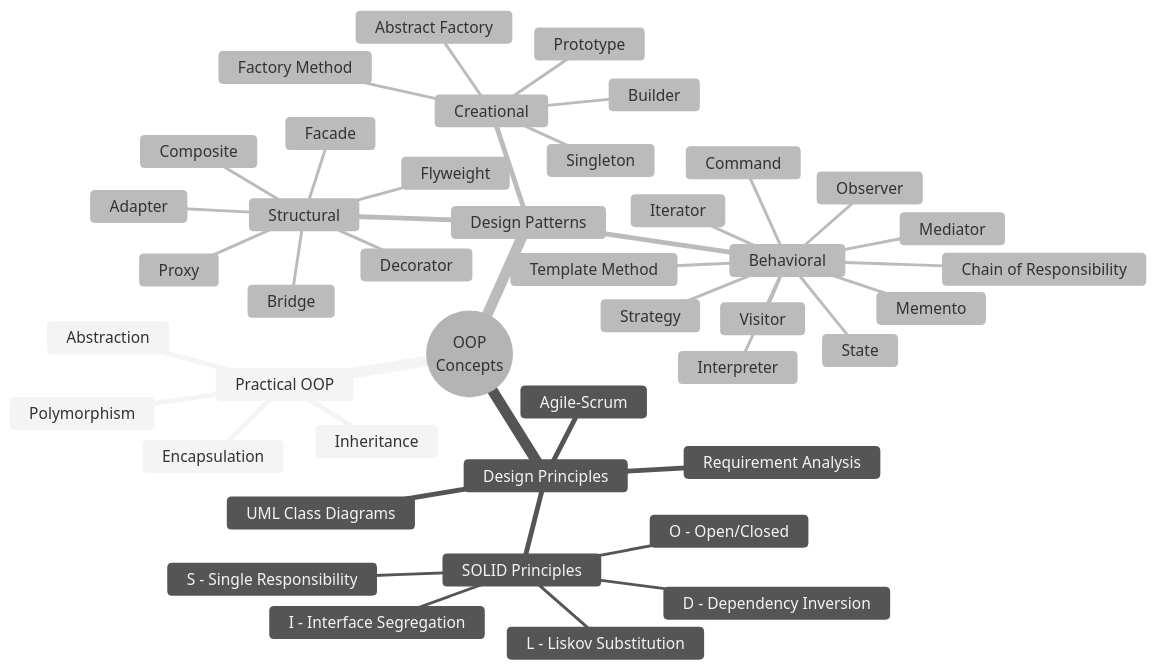
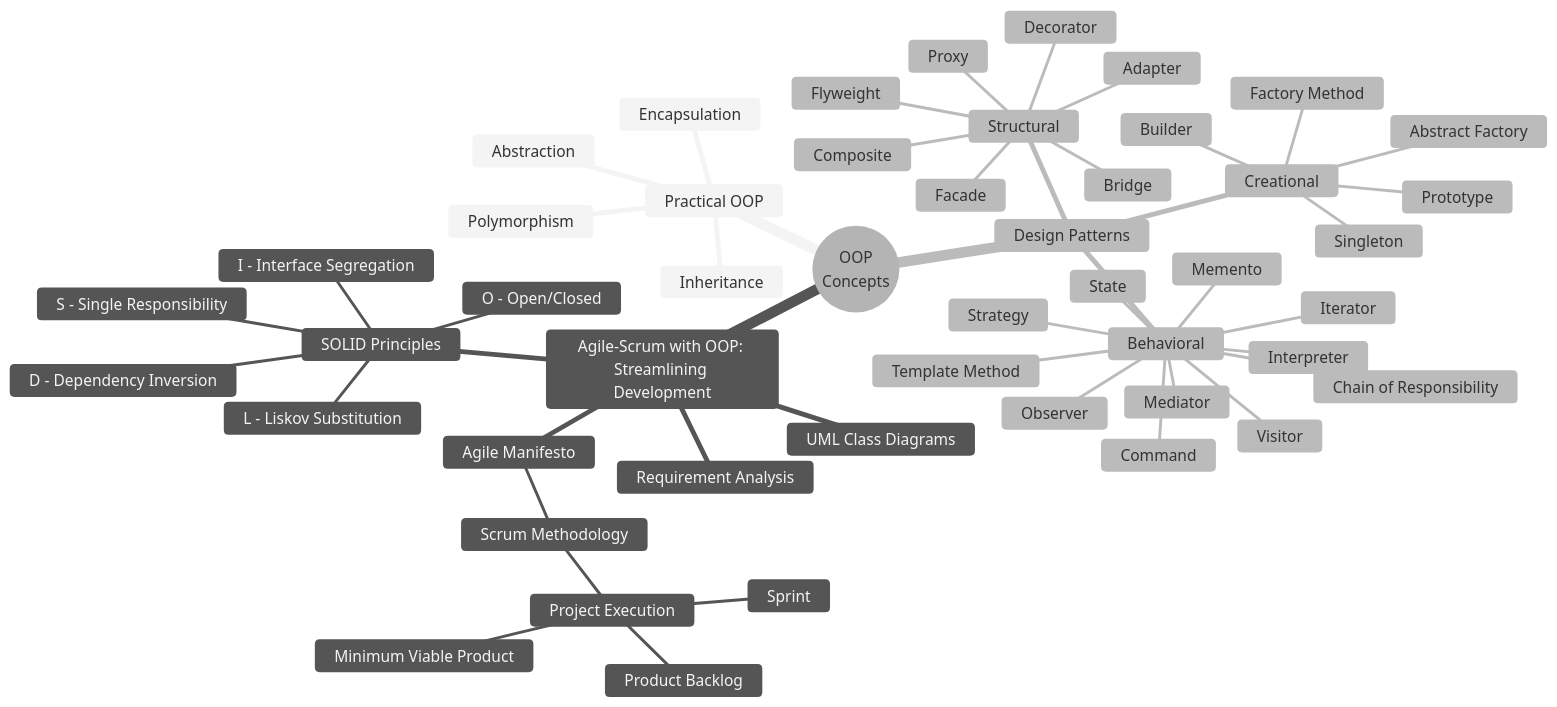
One commit to tech-magic/oop-concepts changed the diagram in README.md. Above: the diagram before and after it, drawn with Mermaid (neutral theme). The commit also changed other lines of this file, not shown here.

````diff
--- a/README.md
+++ b/README.md
@@ -98,46 +19,51 @@
 ```mermaid
 mindmap
   root((OOP<br/> Concepts))
     Practical OOP
       Abstraction
       Encapsulation
       Inheritance
       Polymorphism
-    Design Principles
-      Agile-Scrum
+    Agile-Scrum with OOP: Streamlining Development
+      Agile Manifesto
+        Scrum Methodology
+          Project Execution
+            Sprint
+            Product Backlog
+            Minimum Viable Product          
       Requirement Analysis
       UML Class Diagrams
       SOLID Principles
         S - Single Responsibility
         O - Open/Closed
         L - Liskov Substitution
         I - Interface Segregation
         D - Dependency Inversion
     Design Patterns
       Creational
         Factory Method
         Abstract Factory
         Singleton
         Builder
         Prototype
       Structural
         Adapter
         Bridge
         Composite
         Decorator
         Facade
         Flyweight
         Proxy
       Behavioral
         Chain of Responsibility
         Command
         Interpreter
         Iterator
         Mediator
         Memento
         Observer
         State
         Strategy
         Template Method
         Visitor
 ```
````
